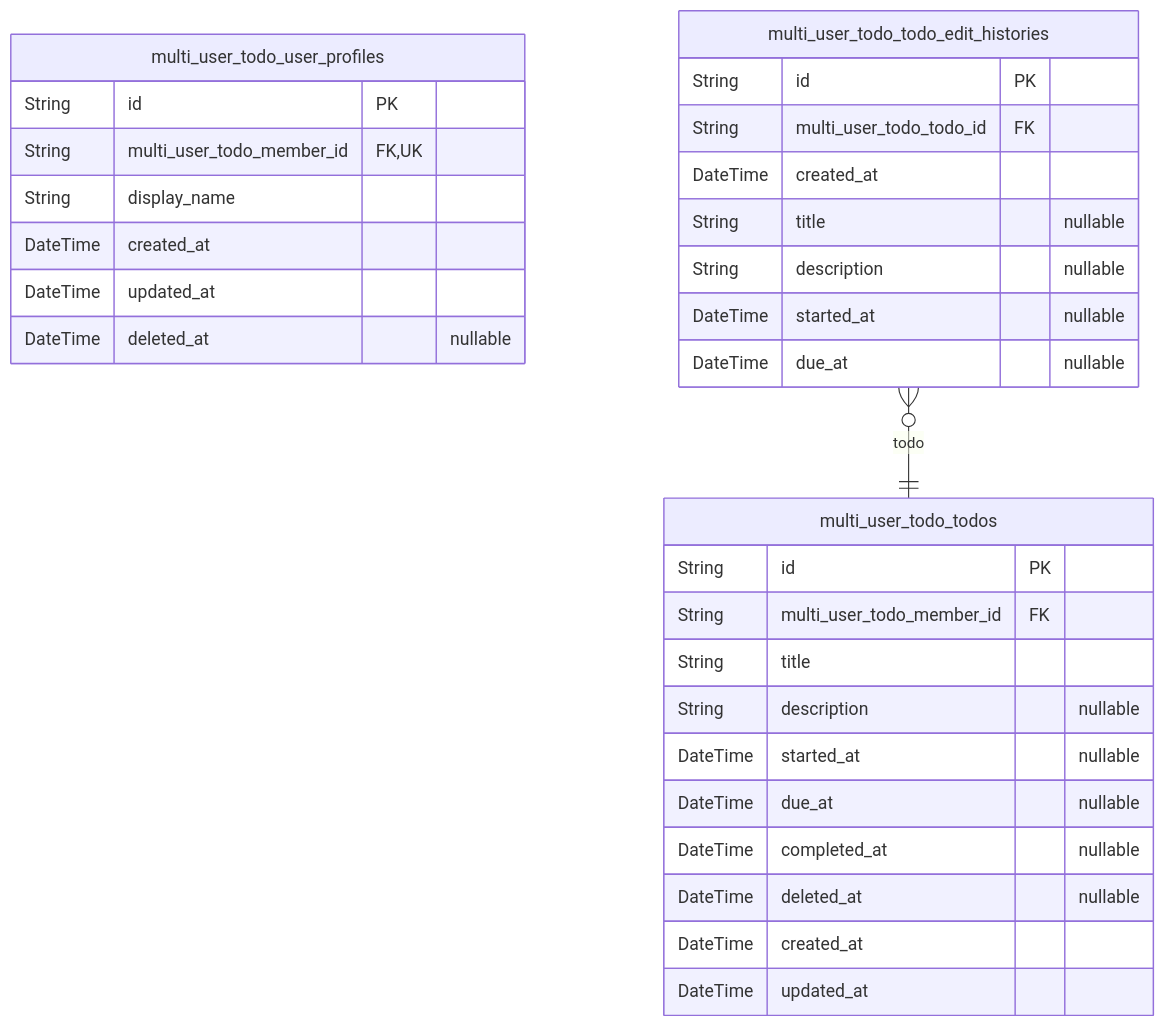
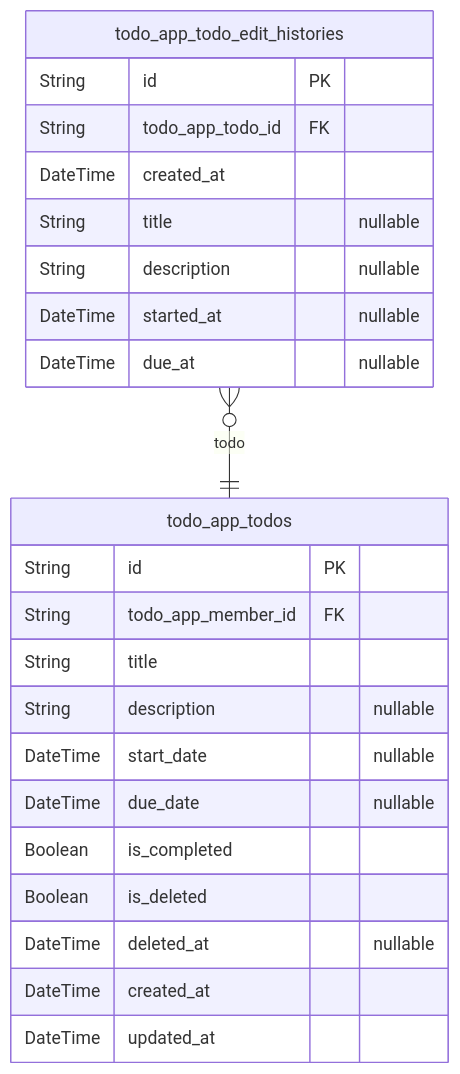
One commit to wrtnlabs/autobe-examples changed the second of 2 diagrams in qwen/qwen3.5-397b-a17b/todo/docs/ERD.md. Above: the diagram before and after it, drawn with Mermaid. The commit also changed other lines of this file and 32093 other files, not shown here.

````diff
--- a/qwen/qwen3.5-397b-a17b/todo/docs/ERD.md
+++ b/qwen/qwen3.5-397b-a17b/todo/docs/ERD.md
@@ -181,33 +350,26 @@
 ```mermaid
 erDiagram
-"multi_user_todo_user_profiles" {
+"todo_app_todos" {
   String id PK
-  String multi_user_todo_member_id FK,UK
-  String display_name
-  DateTime created_at
-  DateTime updated_at
-  DateTime deleted_at "nullable"
-}
-"multi_user_todo_todos" {
-  String id PK
-  String multi_user_todo_member_id FK
+  String todo_app_member_id FK
   String title
   String description "nullable"
-  DateTime started_at "nullable"
-  DateTime due_at "nullable"
-  DateTime completed_at "nullable"
+  DateTime start_date "nullable"
+  DateTime due_date "nullable"
+  Boolean is_completed
+  Boolean is_deleted
   DateTime deleted_at "nullable"
   DateTime created_at
   DateTime updated_at
 }
-"multi_user_todo_todo_edit_histories" {
+"todo_app_todo_edit_histories" {
   String id PK
-  String multi_user_todo_todo_id FK
+  String todo_app_todo_id FK
   DateTime created_at
   String title "nullable"
   String description "nullable"
   DateTime started_at "nullable"
   DateTime due_at "nullable"
 }
-"multi_user_todo_todo_edit_histories" }o--|| "multi_user_todo_todos" : todo
+"todo_app_todo_edit_histories" }o--|| "todo_app_todos" : todo
 ```
````
